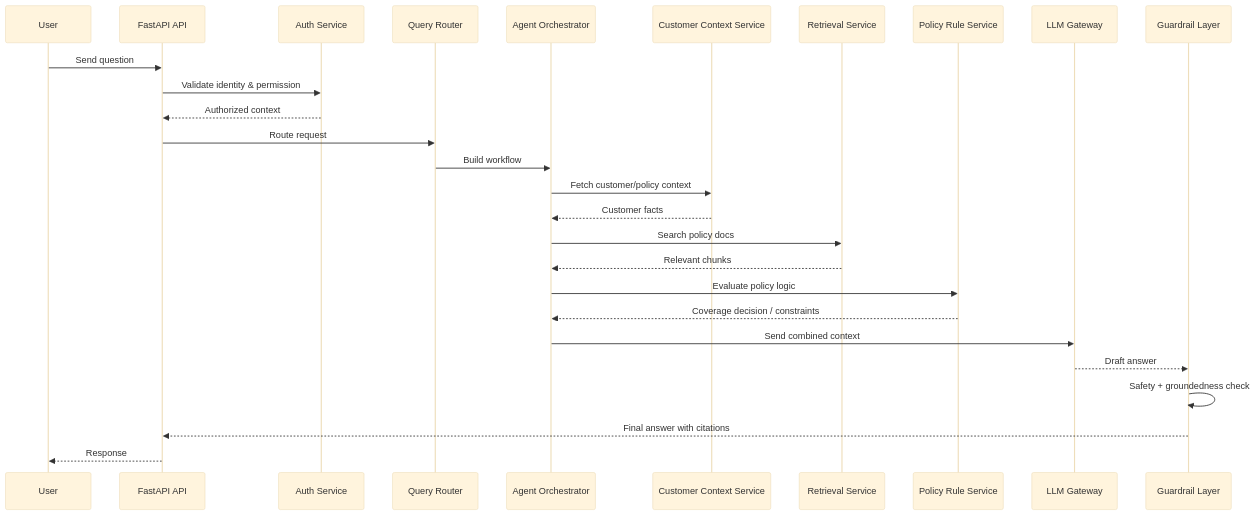
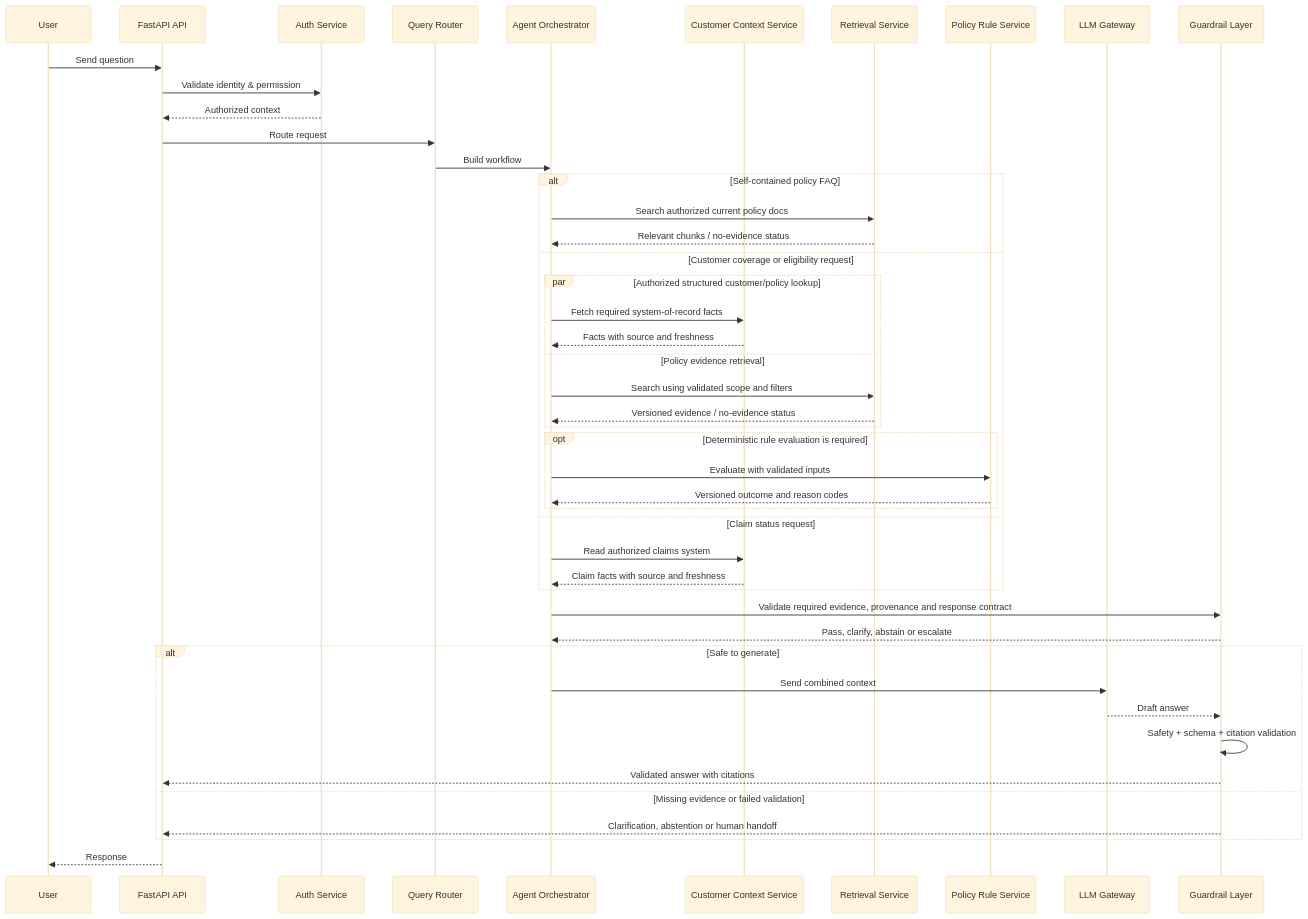
One commit to mithileshbhumca/InsuranceGenAI changed the second of 6 diagrams in backend-architecture.md. Above: the diagram before and after it, drawn with Mermaid (base theme). The commit also changed other lines of this file and 5 other files, not shown here.

````diff
--- a/backend-architecture.md
+++ b/backend-architecture.md
@@ -185,30 +194,49 @@
 ```mermaid
 sequenceDiagram
     participant User
     participant API as FastAPI API
     participant Auth as Auth Service
     participant Router as Query Router
     participant Orchestrator as Agent Orchestrator
     participant Context as Customer Context Service
     participant Retrieval as Retrieval Service
     participant Rules as Policy Rule Service
     participant LLM as LLM Gateway
     participant Guard as Guardrail Layer
 
     User->>API: Send question
     API->>Auth: Validate identity & permission
     Auth-->>API: Authorized context
     API->>Router: Route request
     Router->>Orchestrator: Build workflow
-    Orchestrator->>Context: Fetch customer/policy context
-    Context-->>Orchestrator: Customer facts
-    Orchestrator->>Retrieval: Search policy docs
-    Retrieval-->>Orchestrator: Relevant chunks
-    Orchestrator->>Rules: Evaluate policy logic
-    Rules-->>Orchestrator: Coverage decision / constraints
-    Orchestrator->>LLM: Send combined context
-    LLM-->>Guard: Draft answer
-    Guard->>Guard: Safety + groundedness check
-    Guard-->>API: Final answer with citations
+    alt Self-contained policy FAQ
+        Orchestrator->>Retrieval: Search authorized current policy docs
+        Retrieval-->>Orchestrator: Relevant chunks / no-evidence status
+    else Customer coverage or eligibility request
+        par Authorized structured customer/policy lookup
+            Orchestrator->>Context: Fetch required system-of-record facts
+            Context-->>Orchestrator: Facts with source and freshness
+        and Policy evidence retrieval
+            Orchestrator->>Retrieval: Search using validated scope and filters
+            Retrieval-->>Orchestrator: Versioned evidence / no-evidence status
+        end
+        opt Deterministic rule evaluation is required
+            Orchestrator->>Rules: Evaluate with validated inputs
+            Rules-->>Orchestrator: Versioned outcome and reason codes
+        end
+    else Claim status request
+        Orchestrator->>Context: Read authorized claims system
+        Context-->>Orchestrator: Claim facts with source and freshness
+    end
+    Orchestrator->>Guard: Validate required evidence, provenance and response contract
+    Guard-->>Orchestrator: Pass, clarify, abstain or escalate
+    alt Safe to generate
+        Orchestrator->>LLM: Send combined context
+        LLM-->>Guard: Draft answer
+        Guard->>Guard: Safety + schema + citation validation
+        Guard-->>API: Validated answer with citations
+    else Missing evidence or failed validation
+        Guard-->>API: Clarification, abstention or human handoff
+    end
     API-->>User: Response
 ```
````
